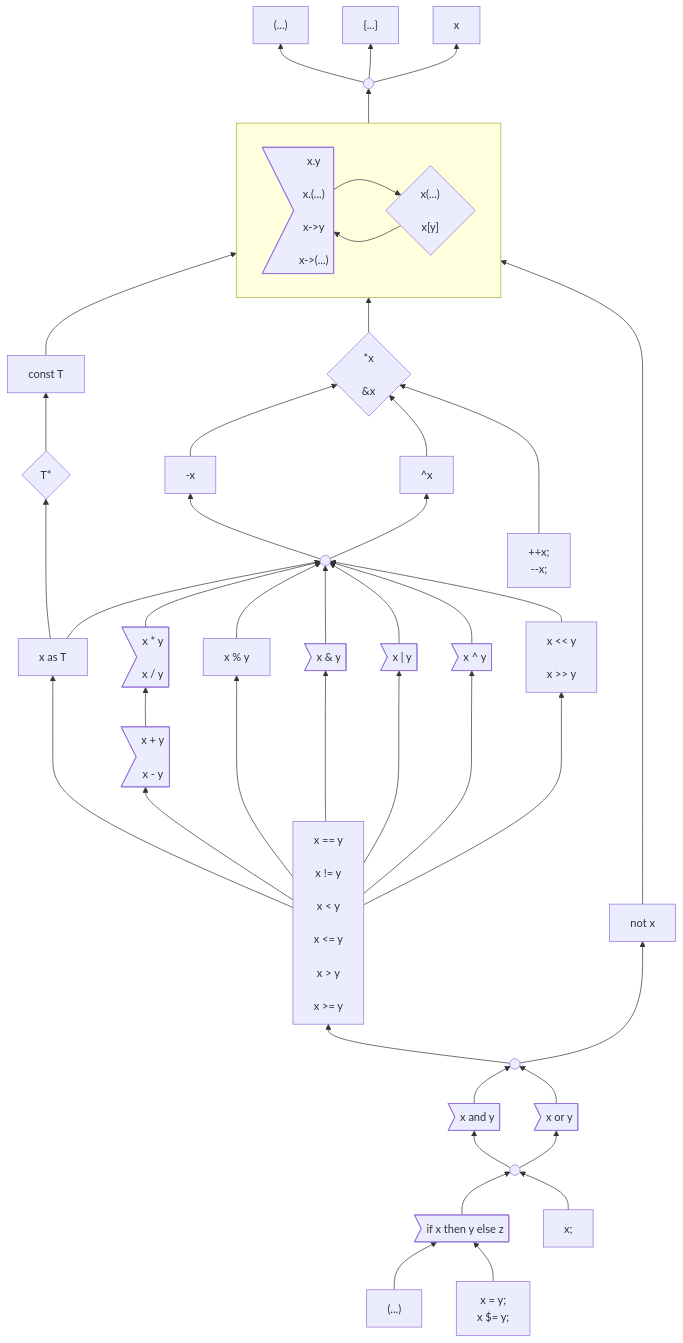
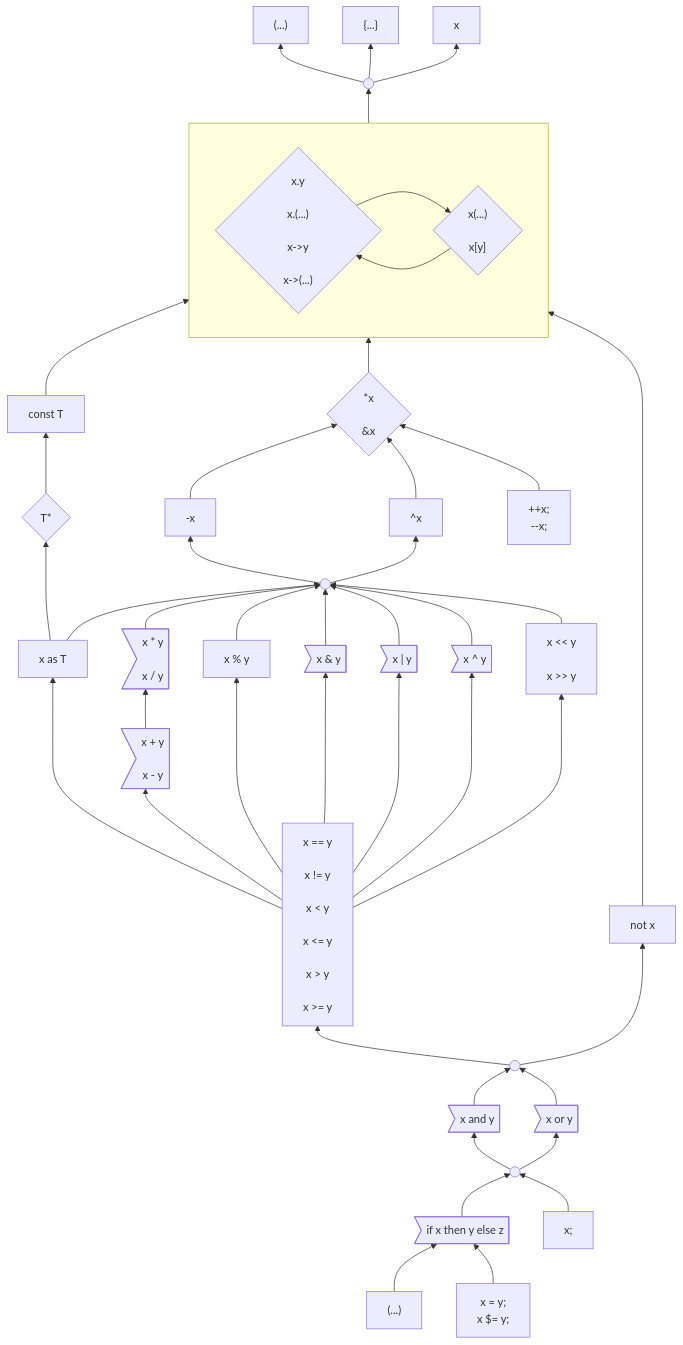
One commit to carbon-language/carbon-lang changed the first of 3 diagrams in docs/design/expressions/README.md. Above: the diagram before and after it, drawn with Mermaid.

Commit message:
Checkpoint progress.

```diff
--- a/docs/design/expressions/README.md
+++ b/docs/design/expressions/README.md
@@ -65,10 +65,10 @@
 
 subgraph memberCallIndex[" "]
     direction LR
-    memberAccess>"x.y<br>
+    memberAccess{"x.y<br>
                   x.(...)<br>
                   x->y<br>
-                  x->(...)"]
+                  x->(...)"}
     click memberAccess "https://github.com/carbon-language/carbon-lang/blob/trunk/docs/design/expressions/member_access.md"
 
     callAndIndexing{"x(...)<br>
@@ -165,8 +165,7 @@
     as --> pointerType
 
     pointer --> memberCallIndex
-    negation & complement --> pointer
-    incDec ---> pointer
+    negation & complement & incDec --> pointer
     unary --> negation & complement
     %% Use a longer arrow here to put `not` next to `and` and `or`.
     not -------> memberCallIndex
```
